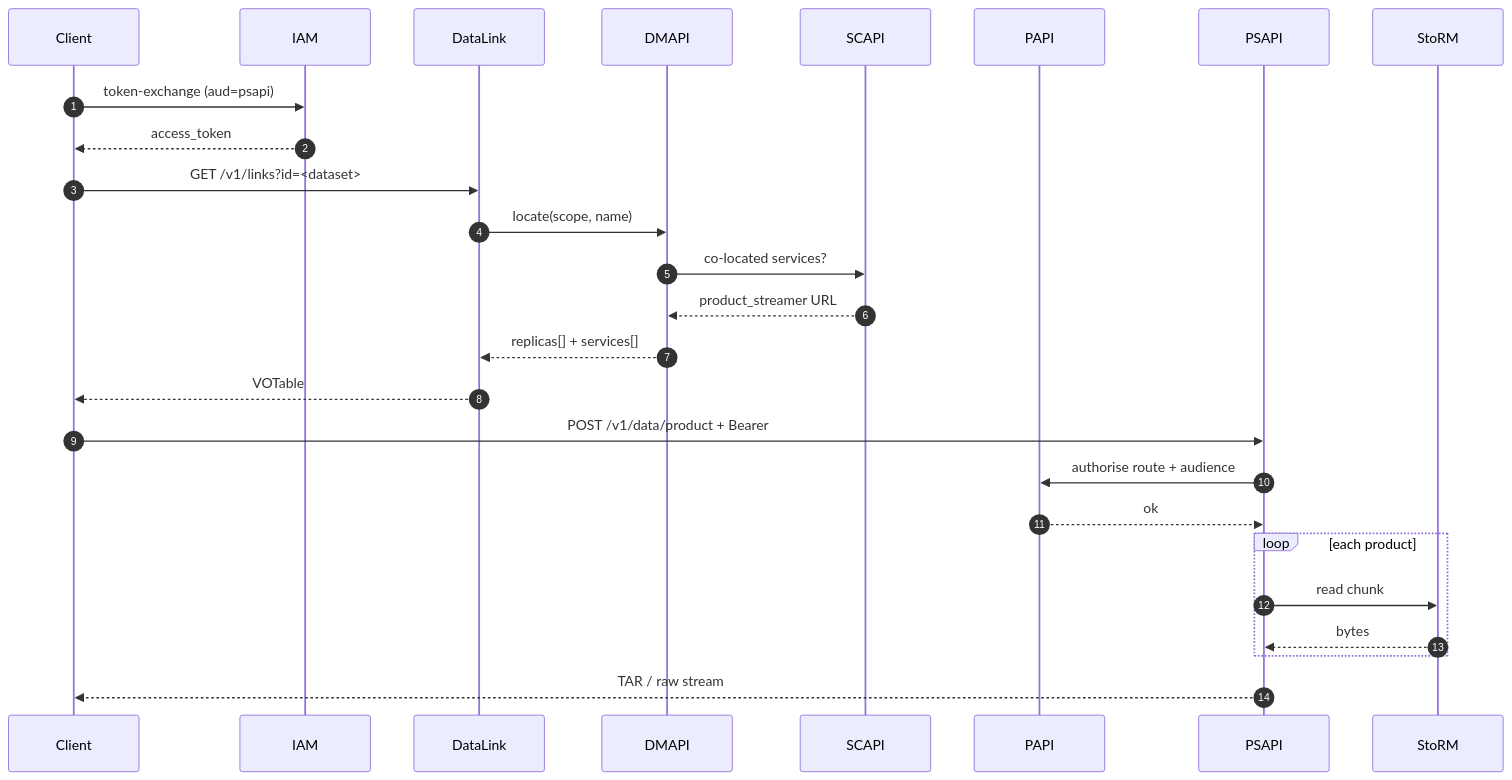
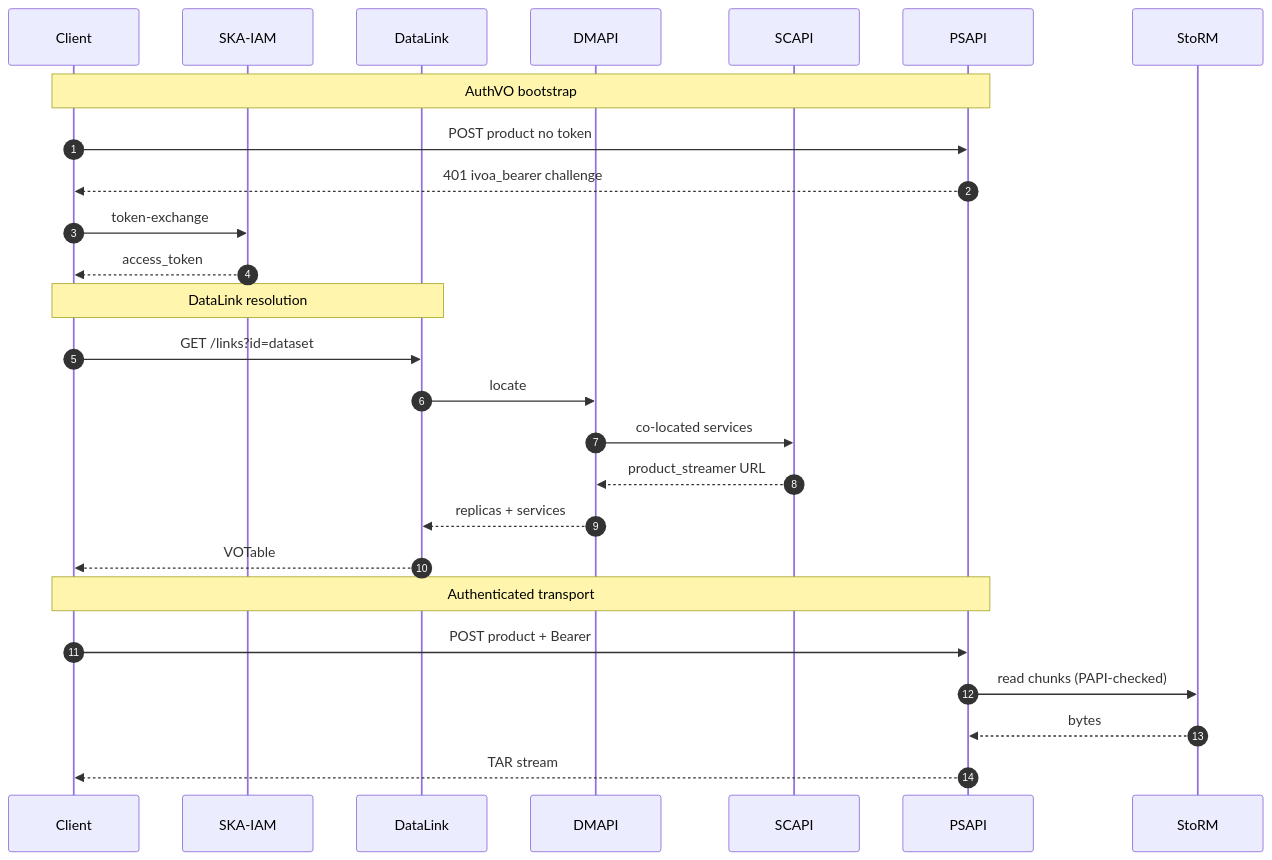
Before and after one commit to MicheleDelliVeneri/IVOA-Strasbourg-Product-Streamer: the fourth of 4 diagrams in slides.md, drawn with Mermaid. The commit also changed other lines of this file, not shown here.

Commit message:
feat: AuthVO respinnded

````diff
--- a/slides.md
+++ b/slides.md
@@ -718,29 +774,28 @@
-```mermaid {scale: 0.45}
+```mermaid {scale: 0.4}
 sequenceDiagram
   autonumber
   participant C as Client
-  participant IAM
+  participant IAM as SKA-IAM
   participant DL as DataLink
   participant DM as DMAPI
   participant SC as SCAPI
-  participant PA as PAPI
   participant PS as PSAPI
   participant ST as StoRM
-
-  C->>IAM: token-exchange (aud=psapi)
+  Note over C,PS: AuthVO bootstrap
+  C->>PS: POST product no token
+  PS-->>C: 401 ivoa_bearer challenge
+  C->>IAM: token-exchange
   IAM-->>C: access_token
-  C->>DL: GET /v1/links?id=<dataset>
-  DL->>DM: locate(scope, name)
-  DM->>SC: co-located services?
+  Note over C,DL: DataLink resolution
+  C->>DL: GET /links?id=dataset
+  DL->>DM: locate
+  DM->>SC: co-located services
   SC-->>DM: product_streamer URL
-  DM-->>DL: replicas[] + services[]
+  DM-->>DL: replicas + services
   DL-->>C: VOTable
-  C->>PS: POST /v1/data/product + Bearer
-  PS->>PA: authorise route + audience
-  PA-->>PS: ok
-  loop each product
-    PS->>ST: read chunk
-    ST-->>PS: bytes
-  end
-  PS-->>C: TAR / raw stream
+  Note over C,PS: Authenticated transport
+  C->>PS: POST product + Bearer
+  PS->>ST: read chunks (PAPI-checked)
+  ST-->>PS: bytes
+  PS-->>C: TAR stream
 ```
````
